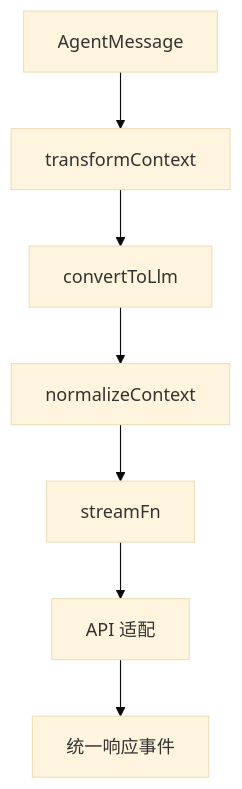
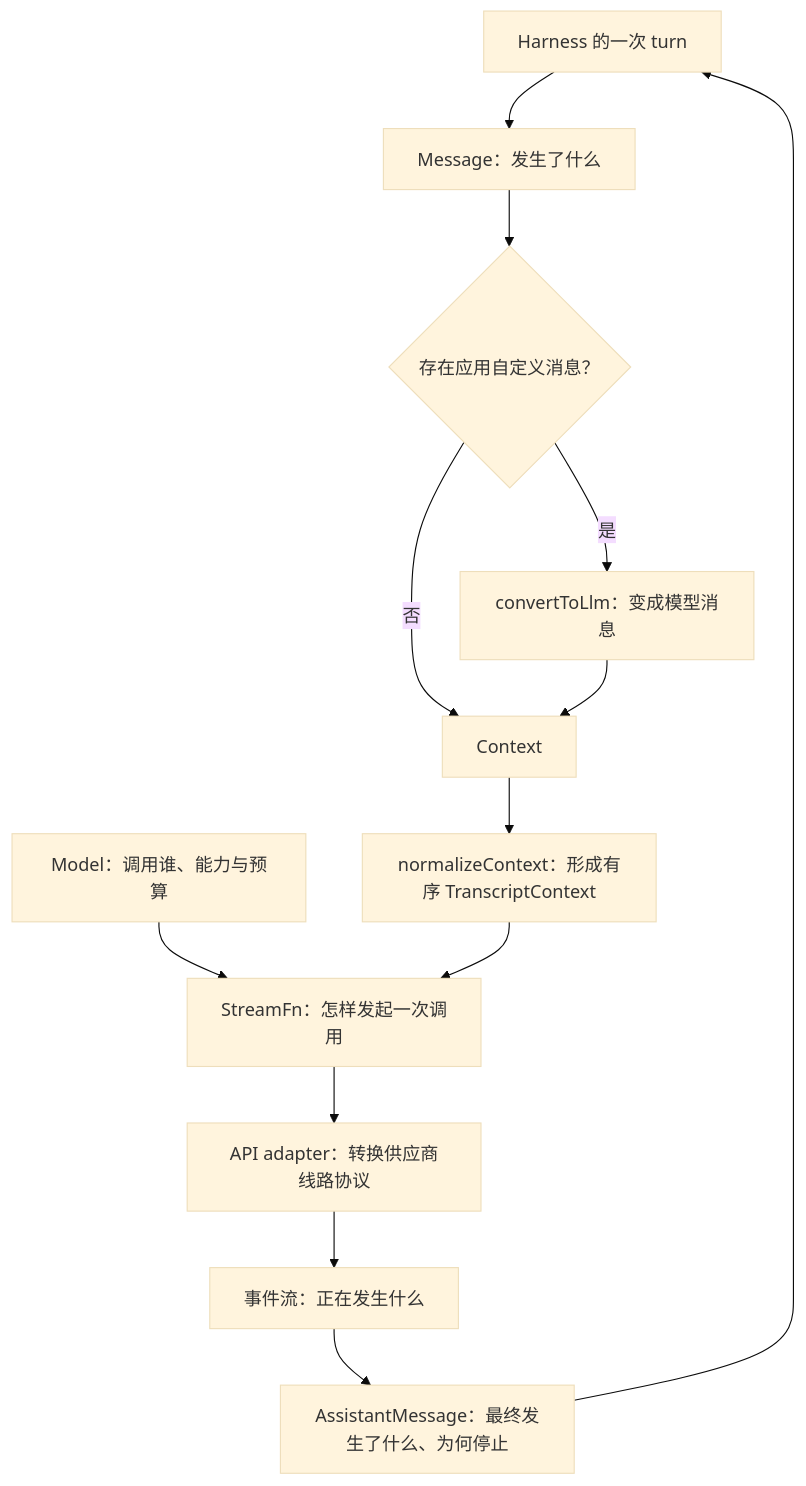
One commit to unimpl/pi changed the diagram in diagrams/models.mmd. Above: the diagram before and after it, drawn with Mermaid (base theme). The commit also changed 50 other files, not shown here.

```diff
--- a/diagrams/models.mmd
+++ b/diagrams/models.mmd
@@ -1,7 +1,13 @@
 flowchart TD
-A[AgentMessage] --> B[transformContext]
-B --> C[convertToLlm]
-C --> D[normalizeContext]
-D --> E[streamFn]
-E --> F[API 适配]
-F --> G[统一响应事件]
+U[Harness 的一次 turn] --> M[Message：发生了什么]
+MODEL[Model：调用谁、能力与预算] --> CALL[StreamFn：怎样发起一次调用]
+M --> APP{存在应用自定义消息？}
+APP -->|是| CONVERT[convertToLlm：变成模型消息]
+APP -->|否| CTX[Context]
+CONVERT --> CTX
+CTX --> N[normalizeContext：形成有序 TranscriptContext]
+N --> CALL
+CALL --> ADAPTER[API adapter：转换供应商线路协议]
+ADAPTER --> EVENTS[事件流：正在发生什么]
+EVENTS --> FINAL[AssistantMessage：最终发生了什么、为何停止]
+FINAL --> U
```
